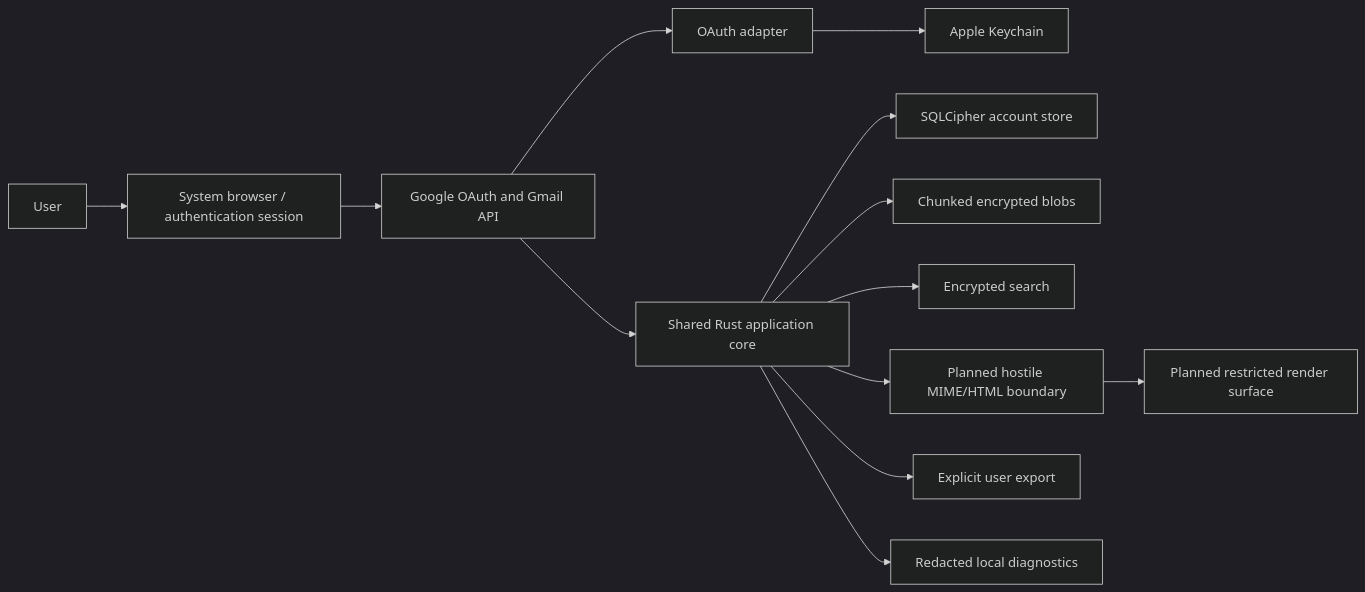
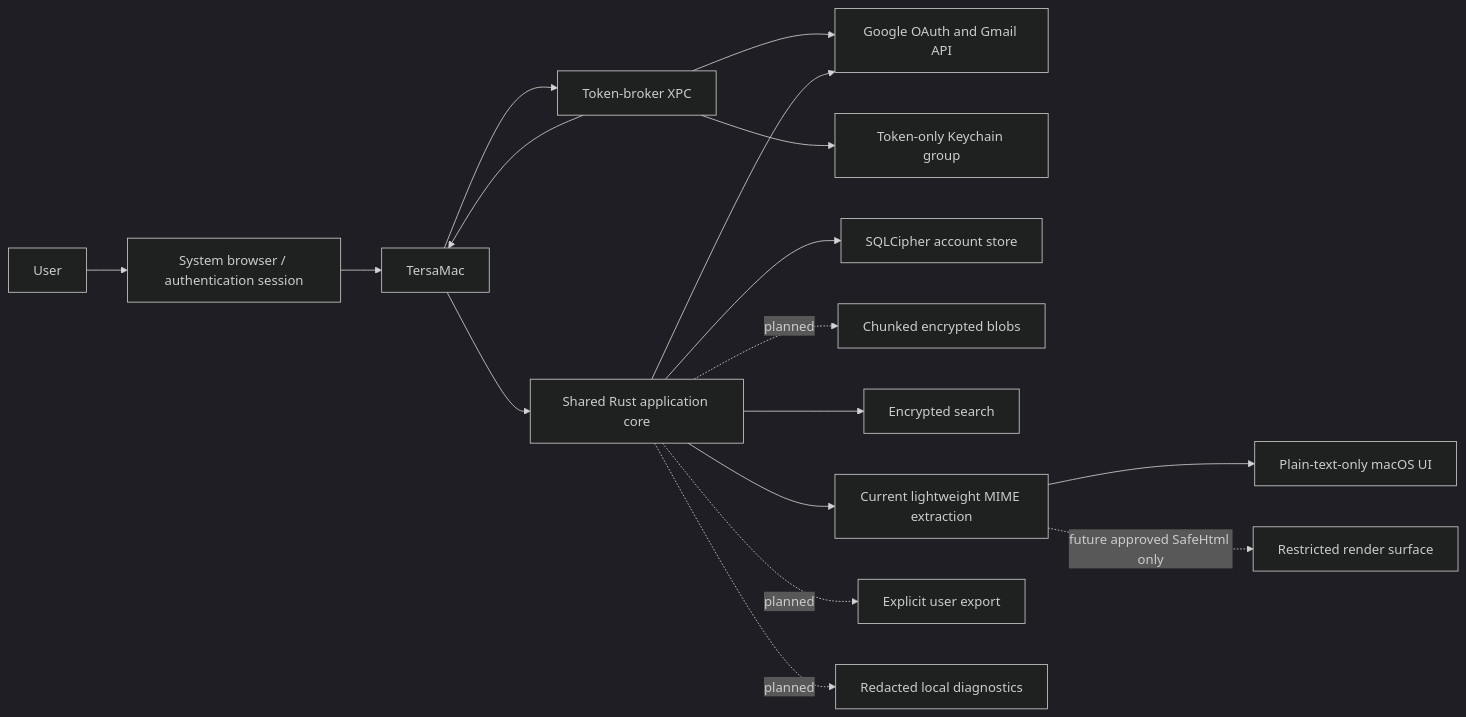
Before and after one commit to matteoscurati/tersa.app: the diagram in docs/security/data-flow.md, drawn with Mermaid (dark theme). The commit also changed other lines of this file and 15 other files, not shown here.

Commit message:
fix(macos): contain hostile HTML rendering (#113)

````diff
--- a/docs/security/data-flow.md
+++ b/docs/security/data-flow.md
@@ -13,15 +13,19 @@
 ```mermaid
 flowchart LR
     USER[User] --> BROWSER[System browser / authentication session]
-    BROWSER --> GOOGLE[Google OAuth and Gmail API]
-    GOOGLE --> OAUTH[OAuth adapter]
-    OAUTH --> KEYCHAIN[Apple Keychain]
-    GOOGLE --> CORE[Shared Rust application core]
+    BROWSER --> MAIN[TersaMac]
+    MAIN --> BROKER[Token-broker XPC]
+    BROKER --> GOOGLE[Google OAuth and Gmail API]
+    BROKER --> TOKENKEYCHAIN[Token-only Keychain group]
+    BROKER --> MAIN
+    MAIN --> CORE[Shared Rust application core]
+    CORE --> GOOGLE
     CORE --> DB[SQLCipher account store]
-    CORE --> BLOBS[Chunked encrypted blobs]
+    CORE -. planned .-> BLOBS[Chunked encrypted blobs]
     CORE --> SEARCH[Encrypted search]
-    CORE --> MIME[Planned hostile MIME/HTML boundary]
-    MIME --> WEBKIT[Planned restricted render surface]
-    CORE --> EXPORT[Explicit user export]
-    CORE --> DIAG[Redacted local diagnostics]
+    CORE --> MIME[Current lightweight MIME extraction]
+    MIME --> PLAIN[Plain-text-only macOS UI]
+    MIME -. future approved SafeHtml only .-> WEBKIT[Restricted render surface]
+    CORE -. planned .-> EXPORT[Explicit user export]
+    CORE -. planned .-> DIAG[Redacted local diagnostics]
 ```
````
